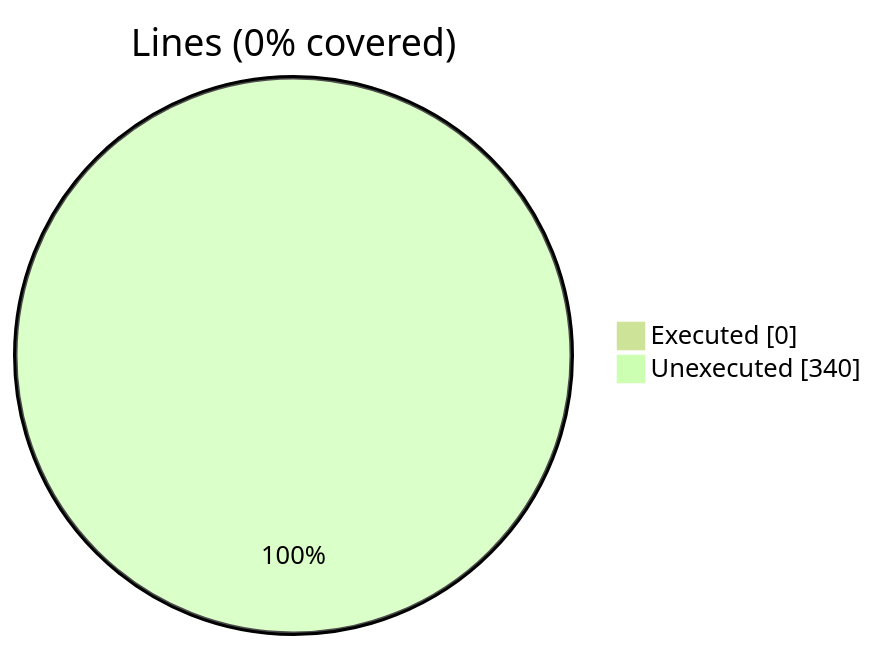
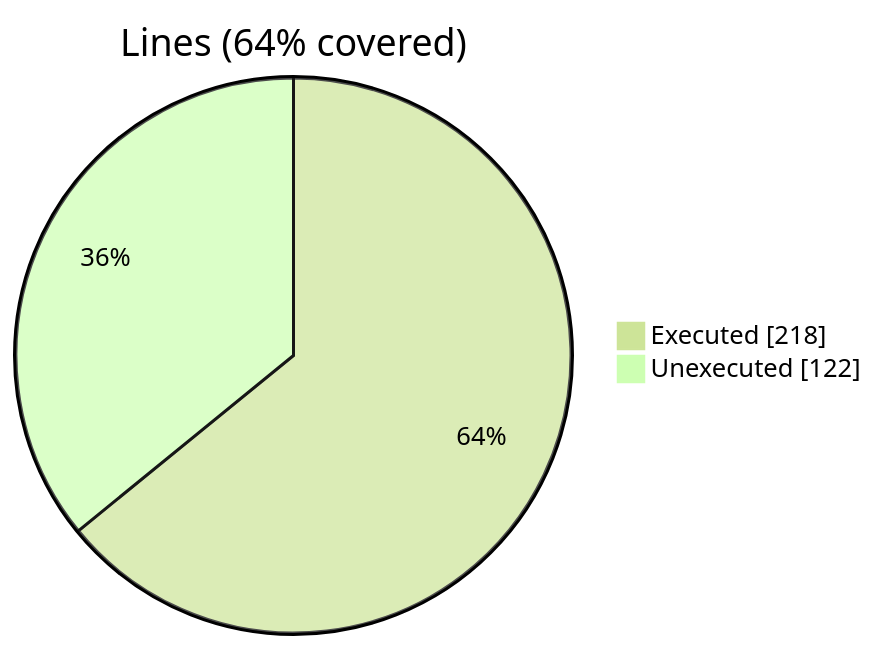
The first of 2 diagrams in docs/guide/vtk_fortran_vtk_file_xml_writer_abstract.f90.gcov.md (szaghi/VTKFortran), drawn with Mermaid (forest theme) before and after one commit. The commit also changed other lines of this file and 9 other files, not shown here.

````diff
--- a/docs/guide/vtk_fortran_vtk_file_xml_writer_abstract.f90.gcov.md
+++ b/docs/guide/vtk_fortran_vtk_file_xml_writer_abstract.f90.gcov.md
@@ -10,6 +10,6 @@
 ```mermaid
 pie showData
-    title Lines (0% covered)
-    "Executed" : 0
-    "Unexecuted" : 340
+    title Lines (64% covered)
+    "Executed" : 218
+    "Unexecuted" : 122
 ```
````
